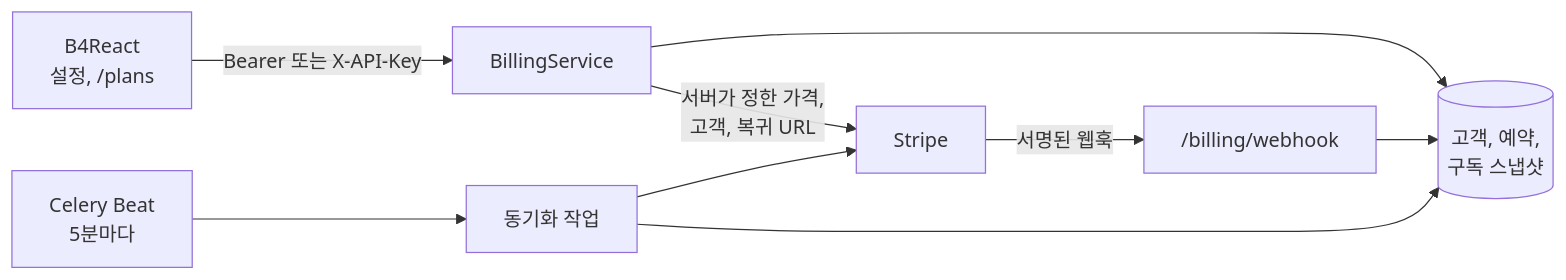
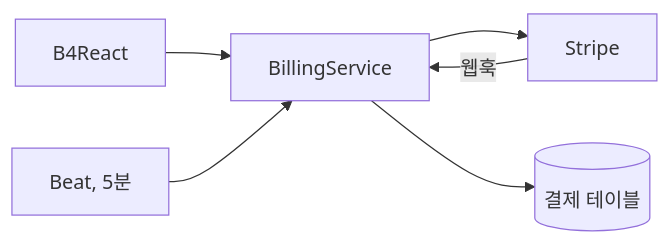
Before and after one commit to Blueprint4Agent/Blueprint4Agent.github.io: the first of 2 diagrams in i18n/ko/docusaurus-plugin-content-docs/current/features/billing.mdx, drawn with Mermaid. The commit also changed 12 other files, not shown here.

````diff
--- a/i18n/ko/docusaurus-plugin-content-docs/current/features/billing.mdx
+++ b/i18n/ko/docusaurus-plugin-content-docs/current/features/billing.mdx
@@ -21,11 +21,8 @@
 ```mermaid
 flowchart LR
-    UI["B4React<br/>설정, /plans"] -- "Bearer 또는 X-API-Key" --> API["BillingService"]
-    API -- "서버가 정한 가격,<br/>고객, 복귀 URL" --> ST["Stripe"]
-    API --> DB[("고객, 예약,<br/>구독 스냅샷")]
-    ST -- "서명된 웹훅" --> WH["/billing/webhook"]
-    WH --> DB
-    BT["Celery Beat<br/>5분마다"] --> RC["동기화 작업"]
-    RC --> ST
-    RC --> DB
+    UI["B4React"] --> API["BillingService"]
+    API --> ST["Stripe"]
+    API --> DB[("결제 테이블")]
+    ST -- "웹훅" --> API
+    BT["Beat, 5분"] --> API
 ```
````
